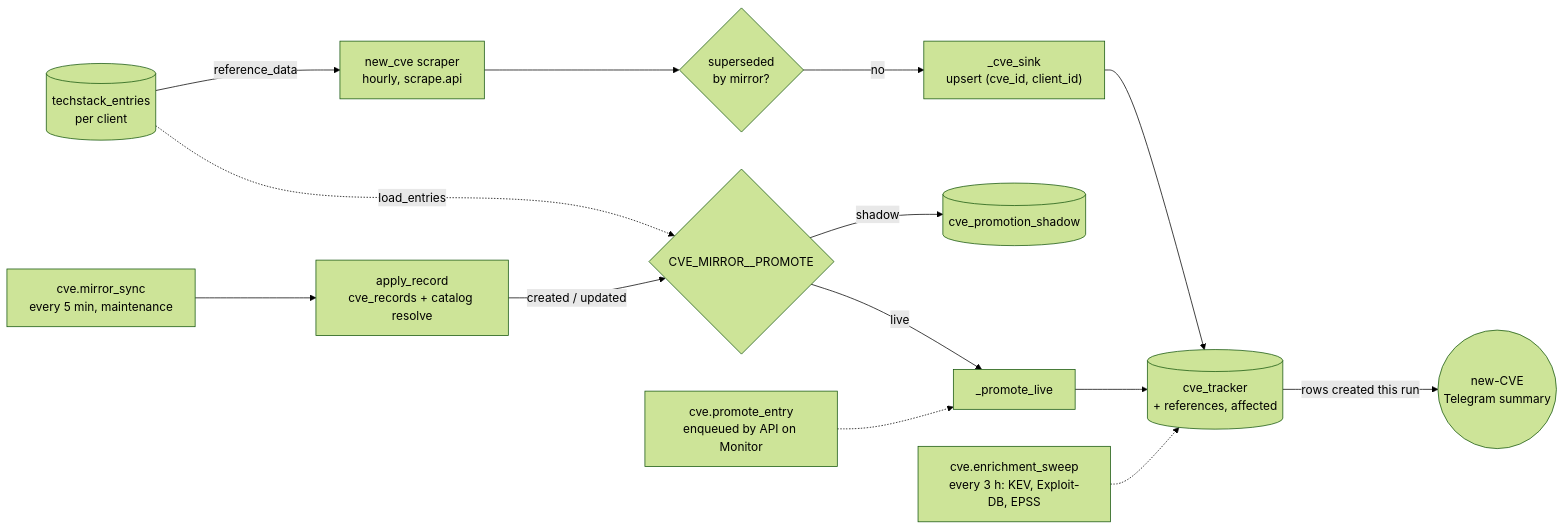
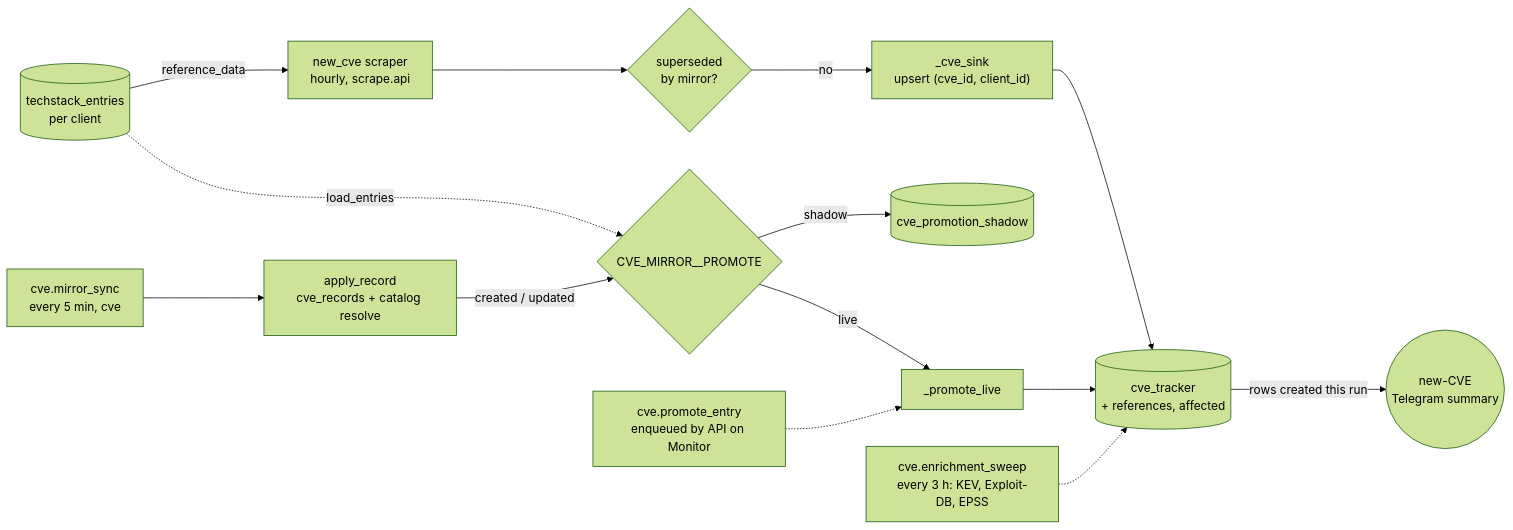
The third of 5 diagrams in docs/ARCHITECTURE.md (ikblmhndra/Vareon-Intelligence), drawn with Mermaid (forest theme) before and after one commit. The commit also changed other lines of this file and 9 other files, not shown here.

````diff
--- a/docs/ARCHITECTURE.md
+++ b/docs/ARCHITECTURE.md
@@ -293,17 +294,17 @@
 ```mermaid
 flowchart LR
   tech[("techstack_entries<br/>per client")]
   tech -->|reference_data| newcve["new_cve scraper<br/>hourly, scrape.api"]
   newcve --> sup{"superseded<br/>by mirror?"}
   sup -->|no| cvesink["_cve_sink<br/>upsert (cve_id, client_id)"]
   cvesink --> tracker[("cve_tracker<br/>+ references, affected")]
-  mirror["cve.mirror_sync<br/>every 5 min, maintenance"] --> apply["apply_record<br/>cve_records + catalog resolve"]
+  mirror["cve.mirror_sync<br/>every 5 min, cve"] --> apply["apply_record<br/>cve_records + catalog resolve"]
   apply -->|created / updated| mode{"CVE_MIRROR__PROMOTE"}
   tech -.->|load_entries| mode
   mode -->|shadow| shadow[("cve_promotion_shadow")]
   mode -->|live| live["_promote_live"]
   live --> tracker
   tracker -->|rows created this run| notify(("new-CVE<br/>Telegram summary"))
   sweep["cve.enrichment_sweep<br/>every 3 h: KEV, Exploit-DB, EPSS"] -.-> tracker
   monitor["cve.promote_entry<br/>enqueued by API on Monitor"] -.-> live
 ```
````
